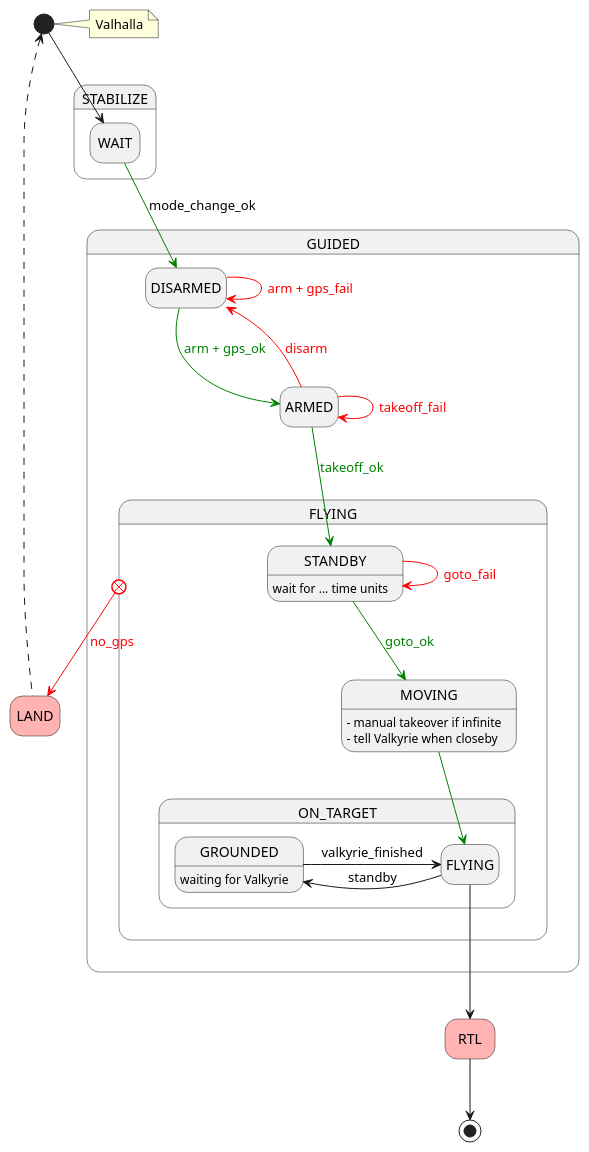
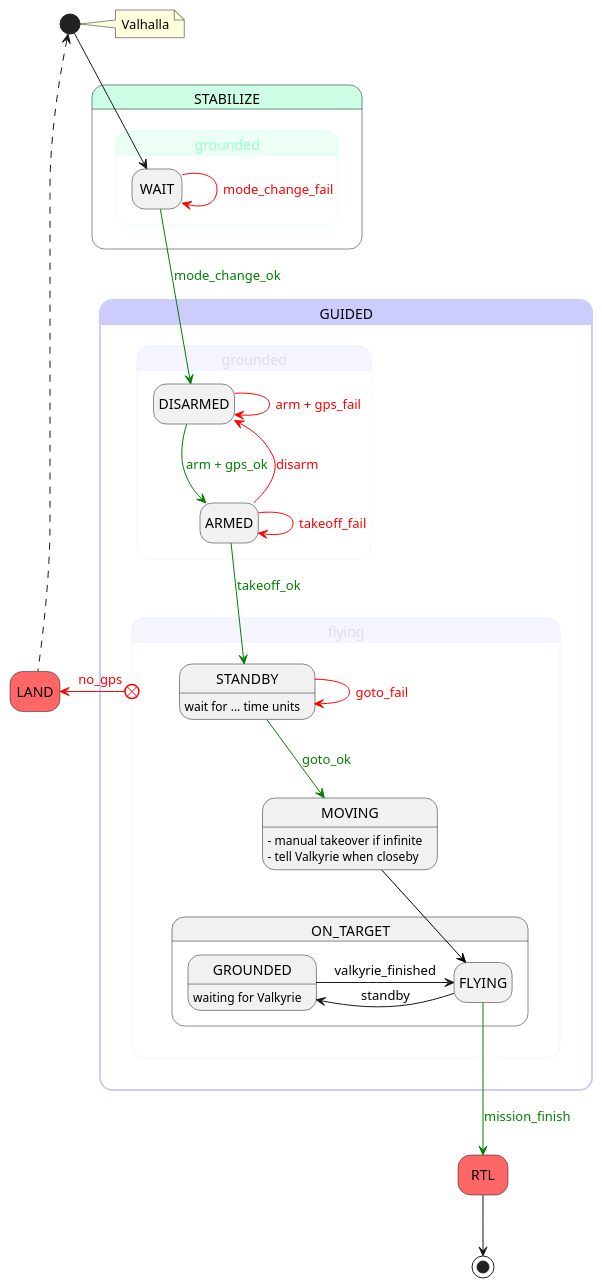
Before and after one commit to Z-Hamdoun/Asgard: the diagram in mission/diagrams/valhalla.puml, drawn with PlantUML. The commit also changed 1 other file, not shown here.

Commit message:
Valkyrie diagram creation + Valhalla diagram update

```diff
--- a/mission/diagrams/valhalla.puml
+++ b/mission/diagrams/valhalla.puml
@@ -1,61 +1,64 @@
 @startuml
 hide empty description
 
 ''' BASE STATES '''
-state LAND #ffb3b3
-state RTL #ffb3b3
+state LAND #ff6666
+state RTL #ff6666
 
 state start <<start>>
 note right of start : Valhalla
 
 ''' MISSION '''
-state STABILIZE {
-    state "WAIT" as stabilize_WAIT
-    start -down-> stabilize_WAIT
+state STABILIZE #ccffe5 {
+    state "grounded" as stabilize_FOLLOWING #ebfff4;line:ccffe5;text:99ffca {
+        state "WAIT" as stabilize_WAIT
+        start -down-> stabilize_WAIT
+    }
 }
 
+RTL --> [*]
 
+LAND -up[dashed]-> start
 
-state GUIDED {
-    ' state "WAIT" as guided_WAIT
-    state "DISARMED" as guided_DISARMED
-    state "ARMED" as guided_ARMED
+state GUIDED #ccccff;line:ccccff;line.bold {
     
-    stabilize_WAIT -down[#green]-> guided_DISARMED : mode_change_ok
-    guided_DISARMED -down[#green]-> guided_ARMED : <color:#green>arm + gps_ok</color>
-    guided_DISARMED -down[#red]-> guided_DISARMED : <color:#red>arm + gps_fail</color>
-    guided_ARMED -down[#red]-> guided_ARMED : <color:#red>takeoff_fail</color>
-    guided_ARMED -up[#red]-> guided_DISARMED : <color:#red>disarm</color>
+    state "grounded" as guided_GROUNDED #f5f5ff;line:e6e6ff;text:dbdbff {
 
-    state "FLYING" as guided_FLYING {
+        state "DISARMED" as guided_DISARMED
+        state "ARMED" as guided_ARMED
+
+        stabilize_WAIT -down[#green]-> guided_DISARMED : <color:#green>mode_change_ok</color>
+        stabilize_WAIT -down[#red]-> stabilize_WAIT : <color:#red>mode_change_fail</color>
+        guided_DISARMED -down[#green]-> guided_ARMED : <color:#green>arm + gps_ok</color>
+        guided_DISARMED -down[#red]-> guided_DISARMED : <color:#red>arm + gps_fail</color>
+        guided_ARMED -down[#red]-> guided_ARMED : <color:#red>takeoff_fail</color>
+        guided_ARMED -up[#red]-> guided_DISARMED : <color:#red>disarm</color>
+
+    }
+
+    state "flying" as guided_FLYING #f5f5ff;line:e6e6ff;text:dbdbff {
+        
         state "STANDBY" as flying_STANDBY : wait for ... time units
         guided_ARMED -down[#green]-> flying_STANDBY : <color:#green>takeoff_ok</color>
         flying_STANDBY -down[#green]-> MOVING : <color:#green>goto_ok</color>
         flying_STANDBY -[#red]-> flying_STANDBY : <color:#red>goto_fail</color>
         MOVING : - manual takeover if infinite
         MOVING : - tell Valkyrie when closeby
         
         state ON_TARGET {
             state "FLYING" as on_target_AIR
             state "GROUNDED" as on_target_GROUND : waiting for Valkyrie
-            MOVING -down[#green]-> on_target_AIR
+            MOVING -down[#black]-> on_target_AIR
             on_target_AIR -left-> on_target_GROUND : standby
             on_target_GROUND -right-> on_target_AIR : valkyrie_finished
         }
         
     }
 
-    guided_FLYING x-[#red]-> LAND: <color:#red>no_gps</color>
+    guided_FLYING x-right[#red]-> LAND: <color:#red>no_gps</color>
     
-    on_target_AIR -down-> RTL
+    on_target_AIR -down[#green]-> RTL : <color:#green>mission_finish</color>
     
 }
 
-
-
-
-RTL --> [*]
-
-LAND -up[dashed]-> start
-
 @enduml
```
